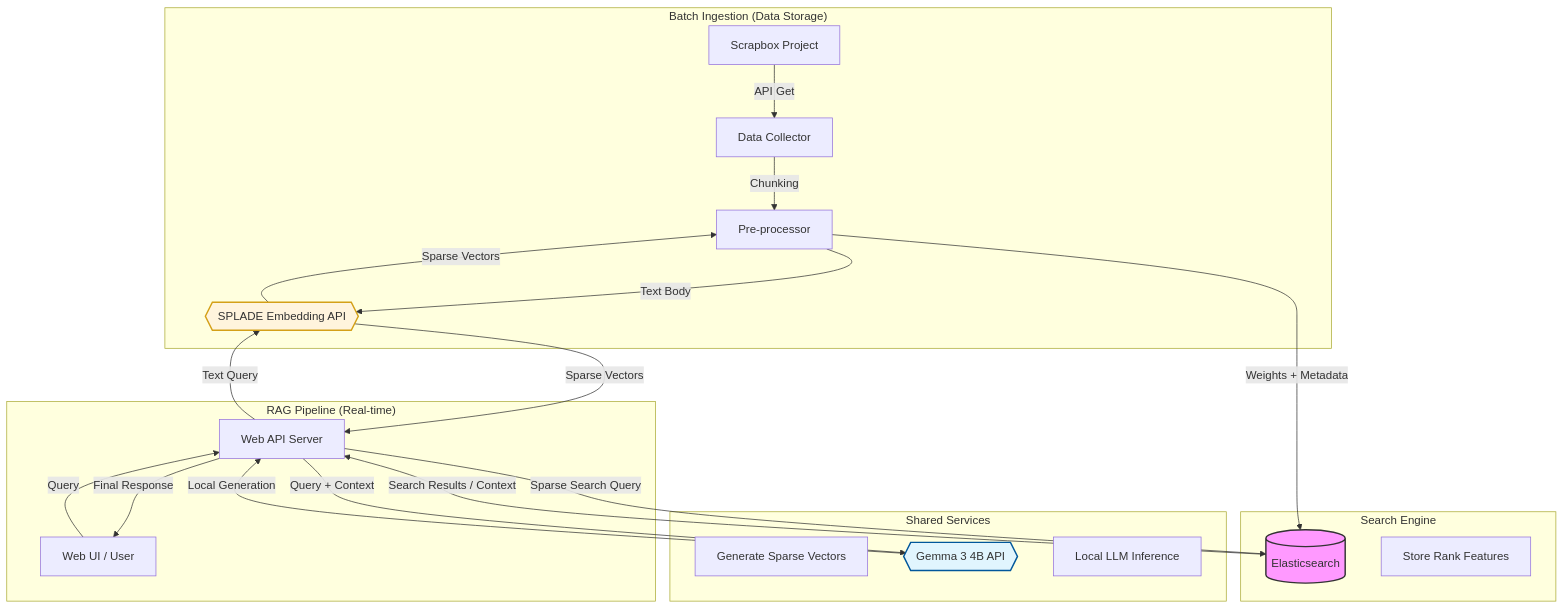
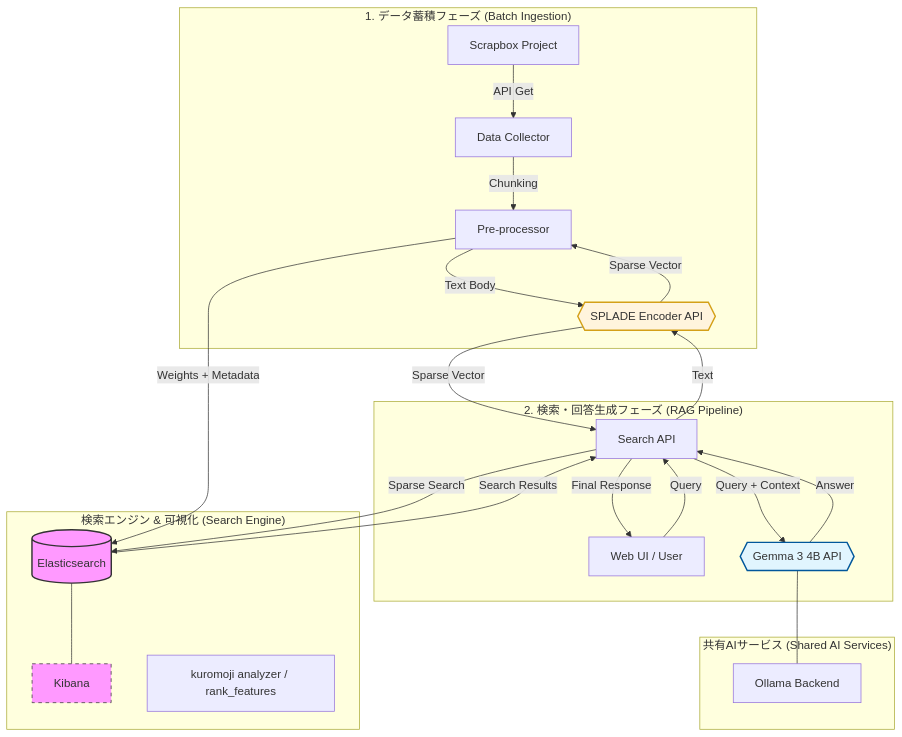
One commit to wararaki718/rag-scrapbox-with-local-llm changed the diagram in architecture.md. Above: the diagram before and after it, drawn with Mermaid. The commit also changed other lines of this file, not shown here.

Commit message:
update architecture

````diff
--- a/architecture.md
+++ b/architecture.md
@@ -3,42 +3,45 @@
 ```mermaid
 graph TD
     %% Phase 1: Batch Ingestion
-    subgraph "Batch Ingestion (Data Storage)"
+    subgraph Ingestion["1. データ蓄積フェーズ (Batch Ingestion)"]
         A[Scrapbox Project] -->|API Get| B[Data Collector]
         B -->|Chunking| C[Pre-processor]
         C -->|Text Body| D_API
     end
 
-    subgraph "Shared Services"
-        D_API{{SPLADE Embedding API}}
-        note1[Generate Sparse Vectors]
-        LLM_API{{Gemma 3 4B API}}
-        note3[Local LLM Inference]
+    subgraph SearchEngine["検索エンジン & 可視化 (Search Engine)"]
+        E[(Elasticsearch)]
+        ES_K[Kibana]
+        E --- ES_K
+        note_es[kuromoji analyzer / rank_features]
     end
 
-    subgraph "Search Engine"
-        E[(Elasticsearch)]
-        note2[Store Rank Features]
+    %% Phase 2: RAG Pipeline
+    subgraph RAG["2. 検索・回答生成フェーズ (RAG Pipeline)"]
+        F[Web UI / User] -->|Query| G[Search API]
+        G -->|Text| D_API
+        D_API -->|Sparse Vector| G
+        G -->|Sparse Search| E
+        E -->|Search Results| G
+        G -->|Query + Context| LLM_API
+        LLM_API -->|Answer| G
+        G -->|Final Response| F
+    end
+
+    subgraph AI["共有AIサービス (Shared AI Services)"]
+        D_API{{SPLADE Encoder API}}
+        LLM_API{{Gemma 3 4B API}}
+        LLM_Ollama[Ollama Backend]
+        LLM_API --- LLM_Ollama
     end
 
     %% Flow in Batch
-    D_API -->|Sparse Vectors| C
+    D_API -->|Sparse Vector| C
     C -->|Weights + Metadata| E
-
-    %% Phase 2: RAG Pipeline
-    subgraph "RAG Pipeline (Real-time)"
-        F[Web UI / User] -->|Query| G[Web API Server]
-        G -->|Text Query| D_API
-        D_API -->|Sparse Vectors| G
-        G -->|Sparse Search Query| E
-        E -->|Search Results / Context| G
-        G -->|Query + Context| LLM_API
-        LLM_API -->|Local Generation| G
-        G -->|Final Response| F
-    end
 
     %% Styles
     style D_API fill:#fff4dd,stroke:#d4a017,stroke-width:2px
     style LLM_API fill:#e1f5fe,stroke:#01579b,stroke-width:2px
     style E fill:#f9f,stroke:#333,stroke-width:2px
+    style ES_K fill:#f9f,stroke:#333,stroke-dasharray: 5 5
 ```
````
